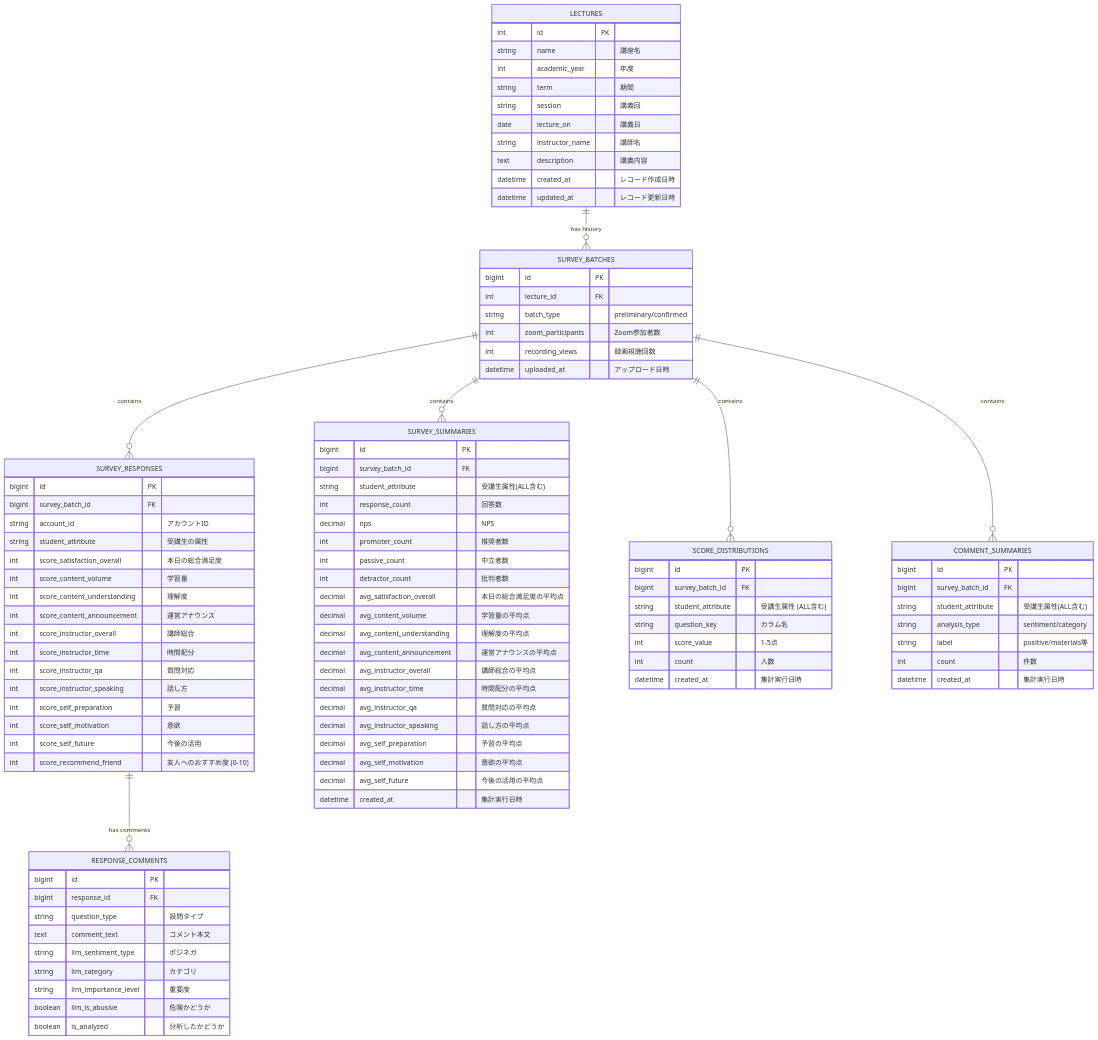
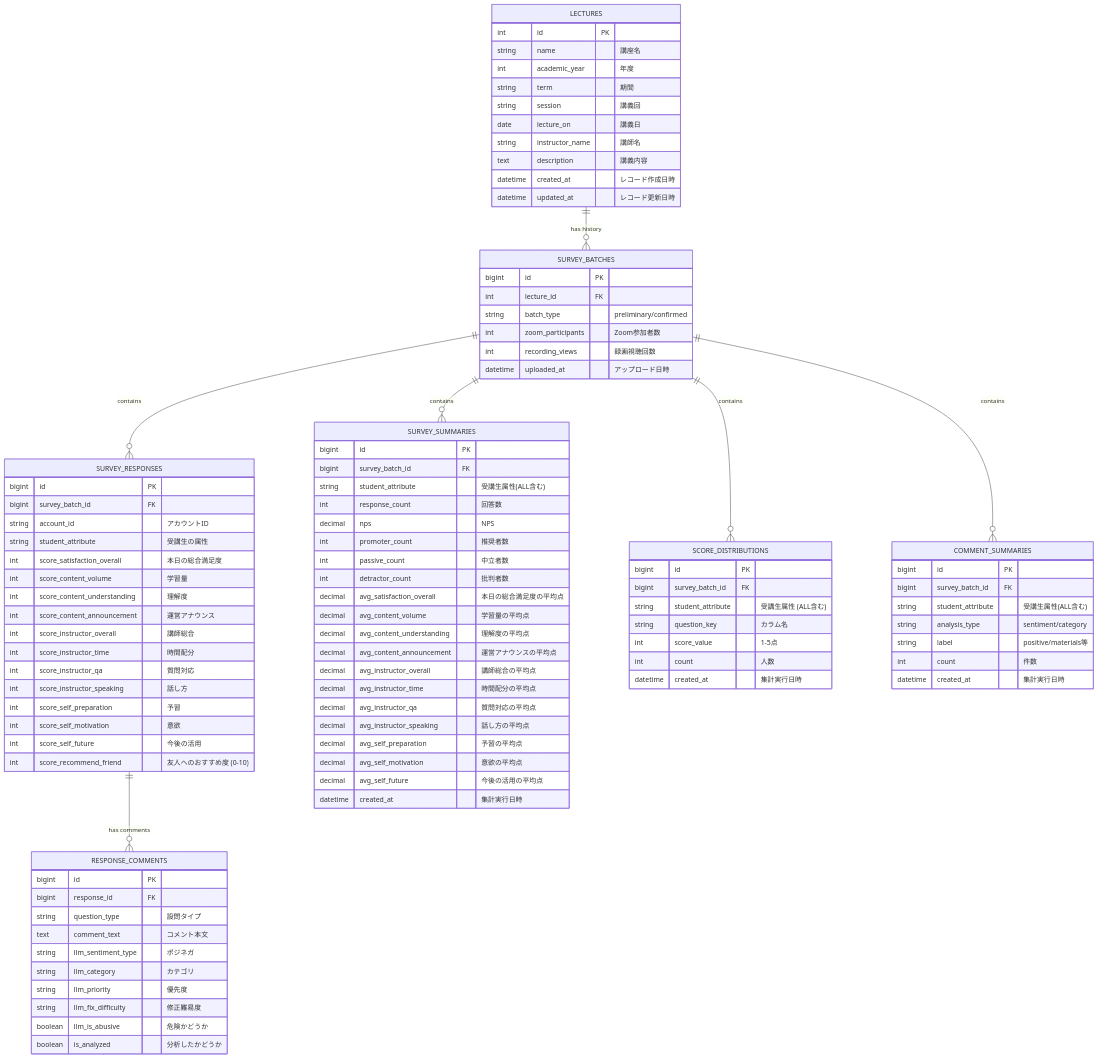
Before and after one commit to yt1970/AIE-DXproject_1_back: the diagram in docs/database.md, drawn with Mermaid.

```diff
--- a/docs/database.md
+++ b/docs/database.md
@@ -124,7 +124,9 @@
 
         string llm_category "カテゴリ"
 
-        string llm_importance_level "重要度"
+        string llm_priority "優先度"
+
+        string llm_fix_difficulty "修正難易度"
 
         boolean llm_is_abusive "危険かどうか"
 
```
